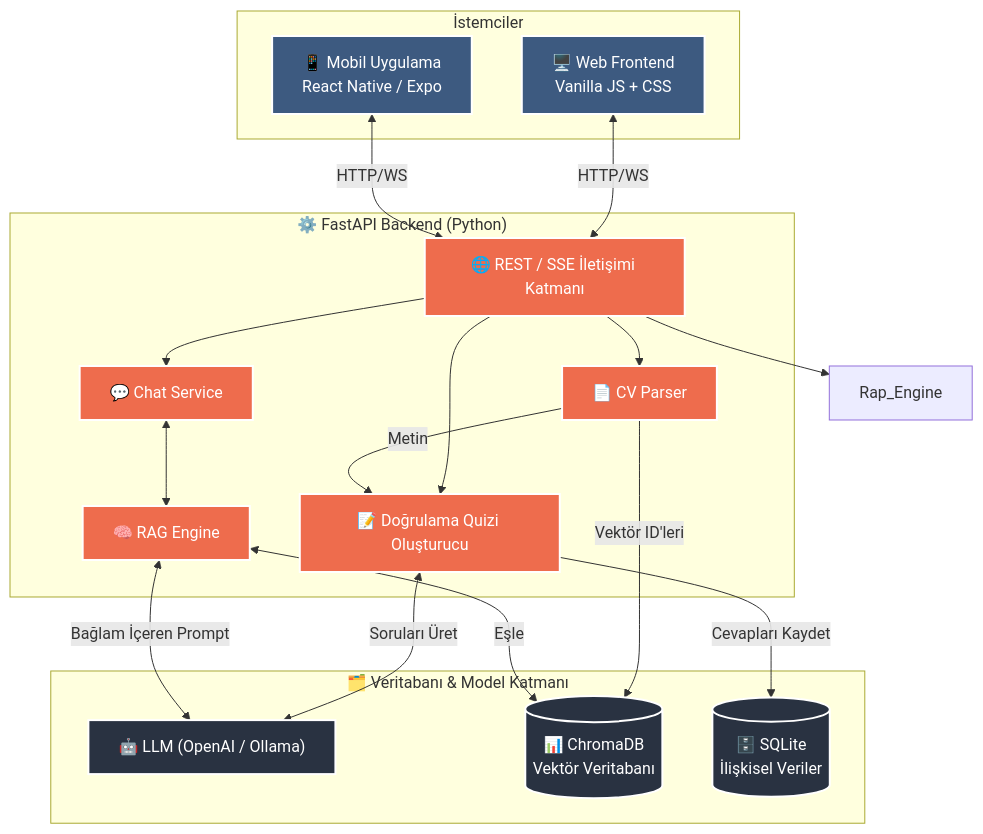
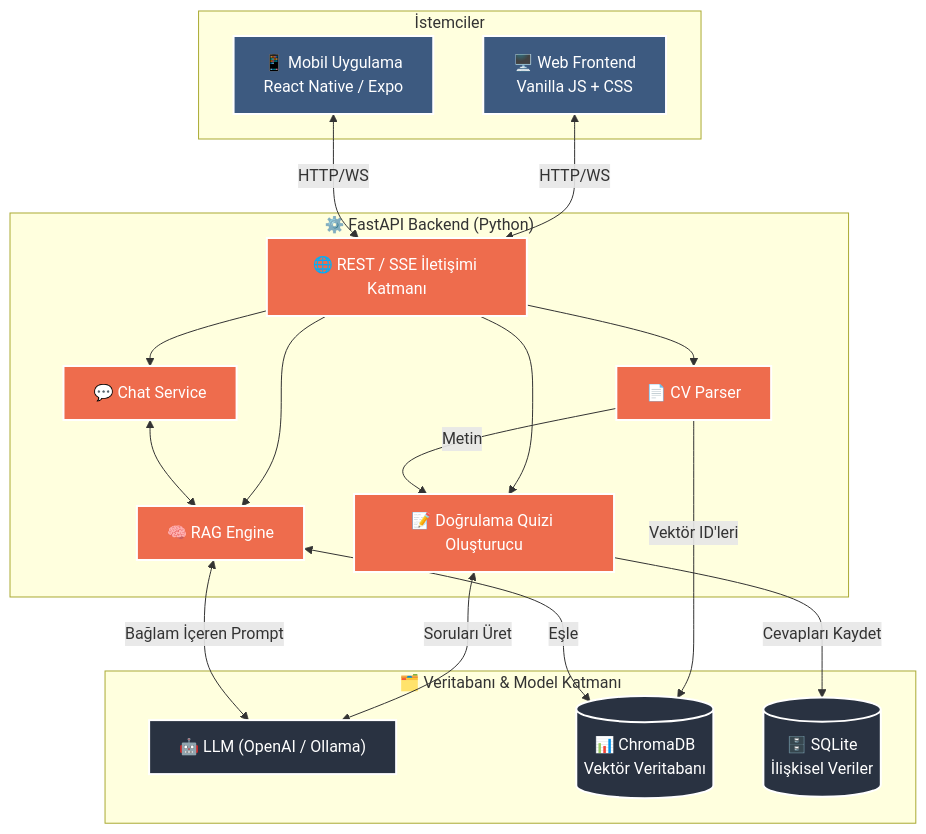
One commit to muhammetenesaydin/AI-portfolio-chatbot changed the diagram in README.md. Above: the diagram before and after it, drawn with Mermaid.

````diff
--- a/README.md
+++ b/README.md
@@ -122,52 +122,52 @@
 ```mermaid
 graph TD
     %% İstemciler Katmanı
     subgraph İstemciler
         Web[🖥️ Web Frontend\nVanilla JS + CSS]
         Mobil[📱 Mobil Uygulama\nReact Native / Expo]
     end
 
     %% Backend Katmanı
     subgraph Python_Backend["⚙️ FastAPI Backend (Python)"]
         API_Gateway[🌐 REST / SSE İletişimi Katmanı]
         CV_Engine[📄 CV Parser]
         Rag_Engine[🧠 RAG Engine]
         Quiz_Engine[📝 Doğrulama Quizi Oluşturucu]
         Chat_Engine[💬 Chat Service]
     end
 
     %% AI ve Depolama Katmanı
     subgraph Data_AI["🗂️ Veritabanı & Model Katmanı"]
         Ollama["🤖 LLM (OpenAI / Ollama)"]
         ChromaDB[(📊 ChromaDB\nVektör Veritabanı)]
         SQLite[(🗄️ SQLite\nİlişkisel Veriler)]
     end
 
     %% İstemci -> Backend
     Web <--> |HTTP/WS| API_Gateway
     Mobil <--> |HTTP/WS| API_Gateway
     
     %% API -> Servisler
     API_Gateway --> CV_Engine
-    API_Gateway --> Rap_Engine & Quiz_Engine & Chat_Engine
+    API_Gateway --> Rag_Engine & Quiz_Engine & Chat_Engine
     
     %% Backend İçi İlişkiler
     CV_Engine --> |Vektör ID'leri| ChromaDB
     CV_Engine --> |Metin| Quiz_Engine
     
     Quiz_Engine <--> |Soruları Üret| Ollama
     Quiz_Engine --> |Cevapları Kaydet| SQLite
     
     Rag_Engine <--> |Eşle| ChromaDB
     Rag_Engine <--> |Bağlam İçeren Prompt| Ollama
     
     Chat_Engine <--> Rag_Engine
     
     %% Temalar
     classDef istemci fill:#3d5a80,stroke:#fff,stroke-width:2px,color:#fff;
     classDef backend fill:#ee6c4d,stroke:#fff,stroke-width:2px,color:#fff;
     classDef database fill:#293241,stroke:#fff,stroke-width:2px,color:#fff;
     class Web,Mobil istemci;
     class API_Gateway,CV_Engine,Rag_Engine,Quiz_Engine,Chat_Engine backend;
     class Ollama,ChromaDB,SQLite database;
 ```
````
